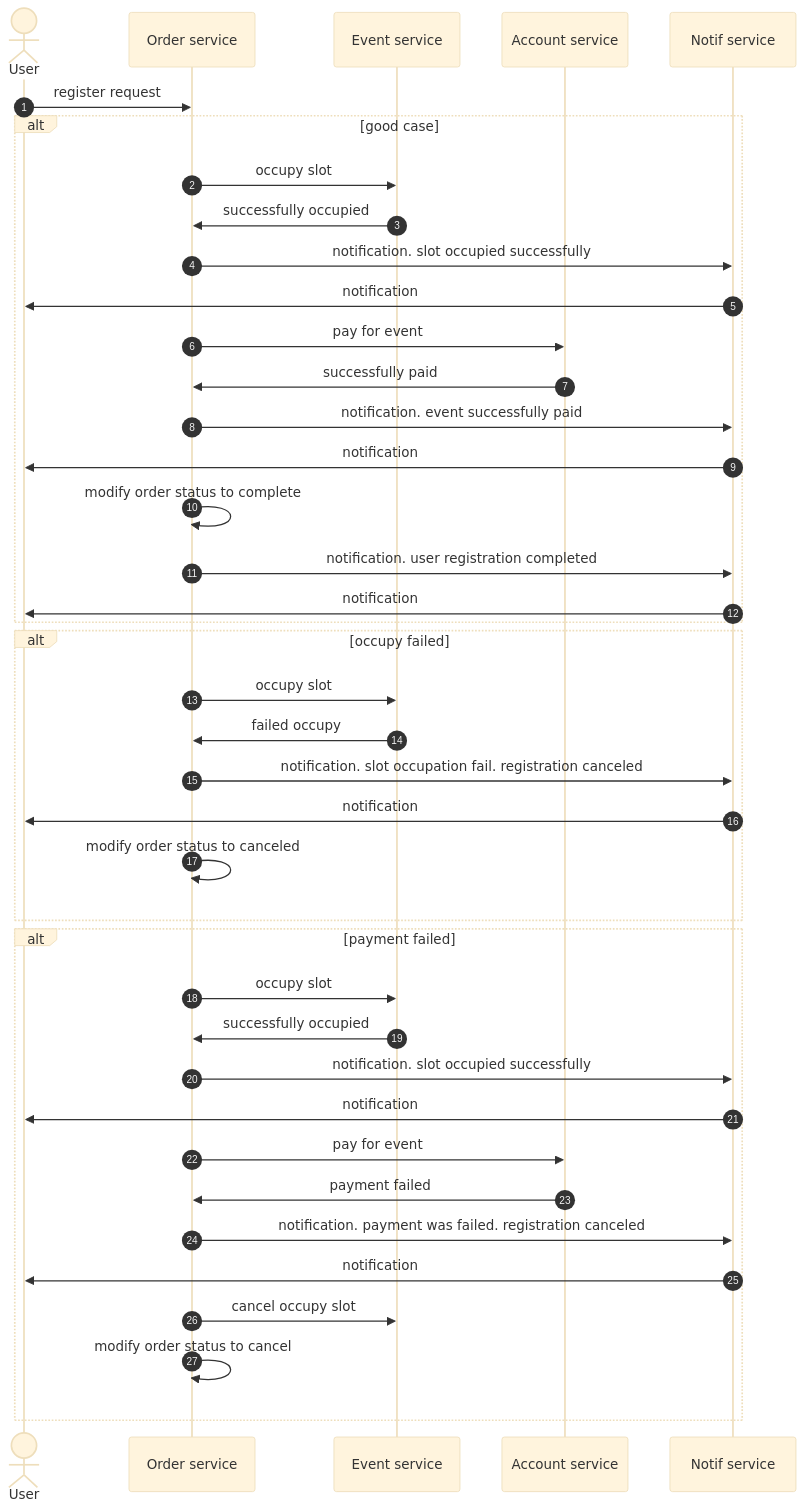
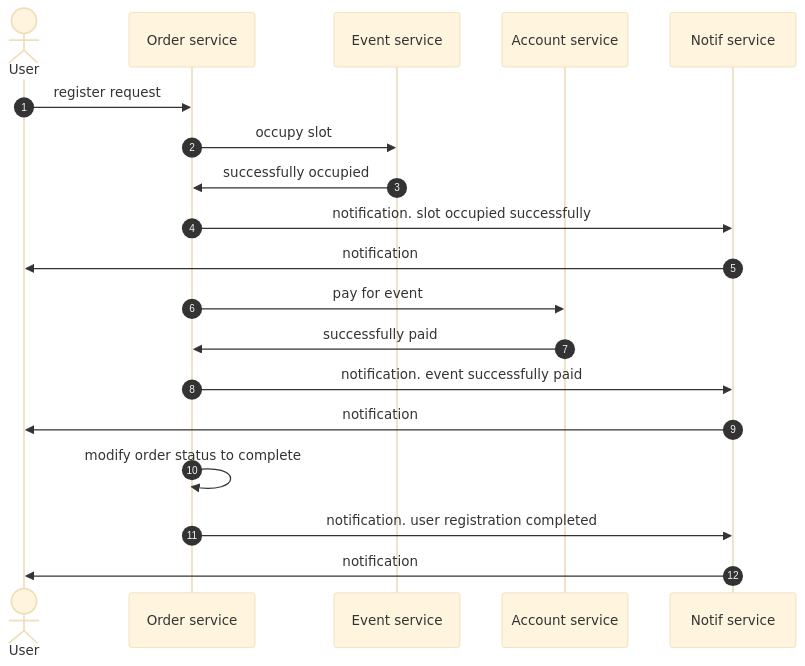
Before and after one commit to xost/otus-proj: the first of 3 diagrams in README.md, drawn with Mermaid (base theme). The commit also changed other lines of this file, not shown here.

````diff
--- a/README.md
+++ b/README.md
@@ -133,43 +133,22 @@
 ```mermaid
-%% регистрация на мероприятие
+%% успешная регистрация на мероприятие
     sequenceDiagram
         actor User
         participant Order service
         participant Event service
         participant Account service
         participant Notif service
         autonumber
         User ->> Order service: register request
-        alt good case
         Order service ->> Event service: occupy slot
         Event service ->> Order service: successfully occupied
         Order service ->> Notif service: notification. slot occupied successfully
         Notif service ->> User: notification
         Order service ->> Account service: pay for event
         Account service ->> Order service: successfully paid
         Order service ->> Notif service: notification. event successfully paid
         Notif service ->> User: notification
         Order service ->> Order service: modify order status to complete
         Order service ->> Notif service: notification. user registration completed
         Notif service ->> User: notification
-        end
-        alt occupy failed
-        Order service ->> Event service: occupy slot
-        Event service ->> Order service: failed occupy
-        Order service ->> Notif service: notification. slot occupation fail. registration canceled
-        Notif service ->> User: notification
-        Order service ->> Order service: modify order status to canceled
-        end
-        alt payment failed
-        Order service ->> Event service: occupy slot
-        Event service ->> Order service: successfully occupied
-        Order service ->> Notif service: notification. slot occupied successfully
-        Notif service ->> User: notification
-        Order service ->> Account service: pay for event
-        Account service ->> Order service: payment failed
-        Order service ->> Notif service: notification. payment was failed. registration canceled
-        Notif service ->> User: notification
-        Order service ->> Event service: cancel occupy slot
-        Order service ->> Order service: modify order status to cancel
-        end
 ```
````
